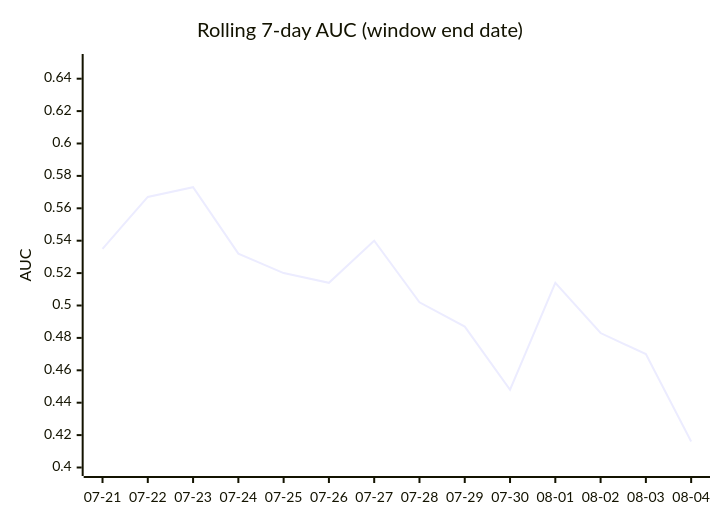
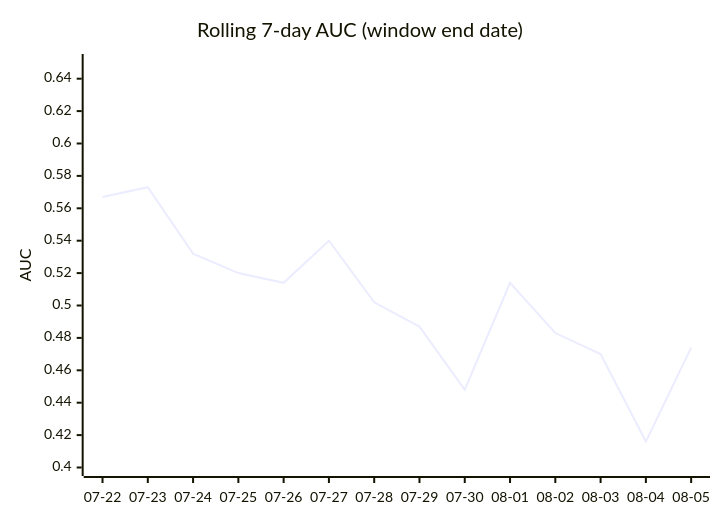
The third of 4 diagrams in DAILY_AGSU_REPORT.md (dpk1212/nhl-savant), drawn with Mermaid before and after one commit. The commit also changed other lines of this file, not shown here.

````diff
--- a/DAILY_AGSU_REPORT.md
+++ b/DAILY_AGSU_REPORT.md
@@ -718,7 +752,7 @@
 ```mermaid
 xychart-beta
     title "Rolling 7-day AUC (window end date)"
-    x-axis ["07-21", "07-22", "07-23", "07-24", "07-25", "07-26", "07-27", "07-28", "07-29", "07-30", "08-01", "08-02", "08-03", "08-04"]
+    x-axis ["07-22", "07-23", "07-24", "07-25", "07-26", "07-27", "07-28", "07-29", "07-30", "08-01", "08-02", "08-03", "08-04", "08-05"]
     y-axis "AUC" 0.4 --> 0.65
-    line [0.535, 0.567, 0.573, 0.532, 0.52, 0.514, 0.54, 0.502, 0.487, 0.448, 0.514, 0.483, 0.47, 0.416]
+    line [0.567, 0.573, 0.532, 0.52, 0.514, 0.54, 0.502, 0.487, 0.448, 0.514, 0.483, 0.47, 0.416, 0.474]
 ```
````
